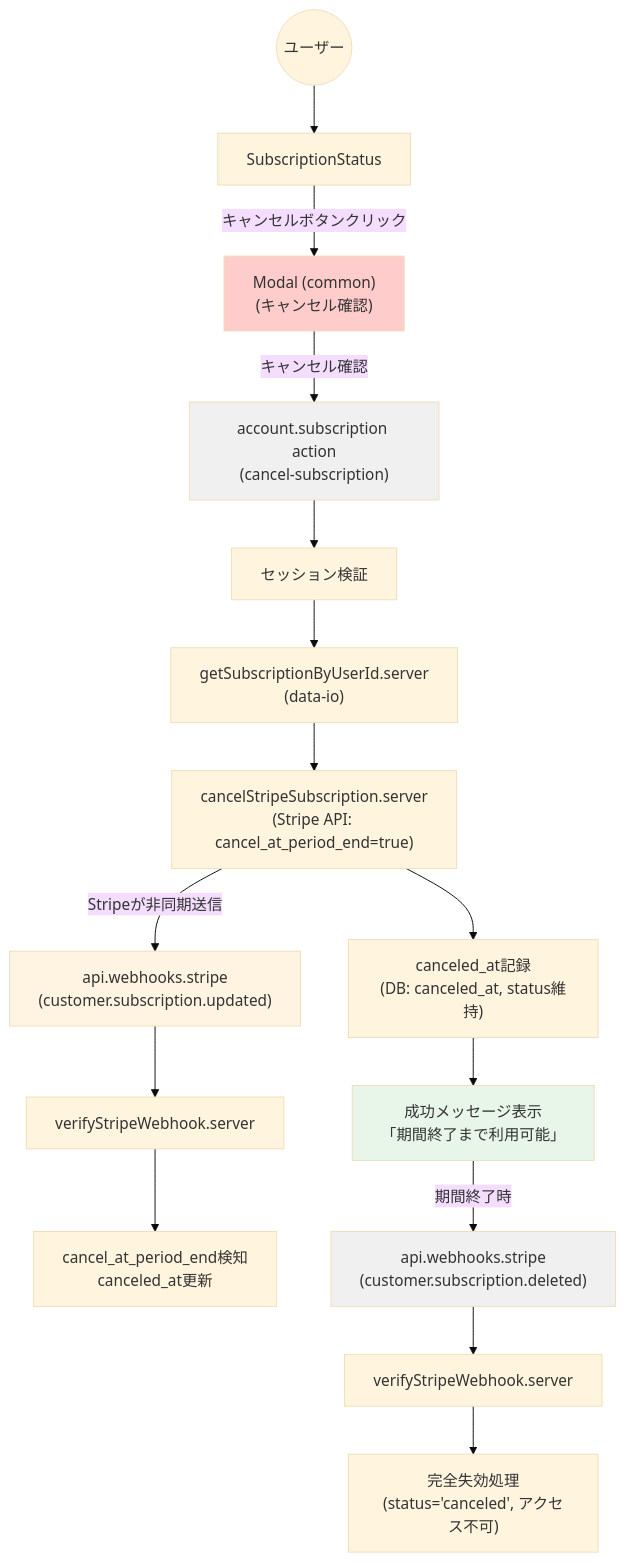
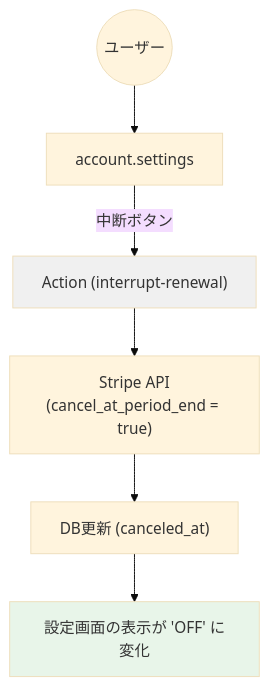
One commit to tezuka-Akihiro/ClaudeMix changed the third of 3 diagrams in develop/account/subscription/data-flow-diagram.md. Above: the diagram before and after it, drawn with Mermaid (base theme). The commit also changed other lines of this file and 64 other files, not shown here.

````diff
--- a/develop/account/subscription/data-flow-diagram.md
+++ b/develop/account/subscription/data-flow-diagram.md
@@ -78,26 +42,11 @@
 ```mermaid
 graph TD
-    User((ユーザー)) --> SubStatus["SubscriptionStatus"]
-    SubStatus -- "キャンセルボタンクリック" --> Modal["Modal (common)<br/>(キャンセル確認)"]
-    Modal -- "キャンセル確認" --> Action["account.subscription action<br/>(cancel-subscription)"]
+    User((ユーザー)) --> Settings["account.settings"]
+    Settings -- "中断ボタン" --> Action["Action (interrupt-renewal)"]
+    Action --> StripeAPI["Stripe API<br/>(cancel_at_period_end = true)"]
+    StripeAPI --> SyncDB["DB更新 (canceled_at)"]
+    SyncDB --> OptimisticUI["設定画面の表示が 'OFF' に変化"]
 
-    Action --> ValidateSession["セッション検証"]
-    ValidateSession --> GetSub["getSubscriptionByUserId.server<br/>(data-io)"]
-    GetSub --> CancelStripe["cancelStripeSubscription.server<br/>(Stripe API: cancel_at_period_end=true)"]
-    CancelStripe --> RecordCancel["canceled_at記録<br/>(DB: canceled_at, status維持)"]
-    RecordCancel --> Success["成功メッセージ表示<br/>「期間終了まで利用可能」"]
-
-    CancelStripe -- "Stripeが非同期送信" --> WebhookUpdated["api.webhooks.stripe<br/>(customer.subscription.updated)"]
-    WebhookUpdated --> VerifySignature1["verifyStripeWebhook.server"]
-    VerifySignature1 --> UpdateCancelFlag["cancel_at_period_end検知<br/>canceled_at更新"]
-
-    Success -- "期間終了時" --> WebhookDeleted["api.webhooks.stripe<br/>(customer.subscription.deleted)"]
-    WebhookDeleted --> VerifySignature2["verifyStripeWebhook.server"]
-    VerifySignature2 --> FinalizeCancel["完全失効処理<br/>(status='canceled', アクセス不可)"]
-
-    style Modal fill:#ffcccc
     style Action fill:#f0f0f0
-    style Success fill:#e8f5e9
-    style WebhookUpdated fill:#fff4e1
-    style WebhookDeleted fill:#f0f0f0
+    style OptimisticUI fill:#e8f5e9
 ```
````
